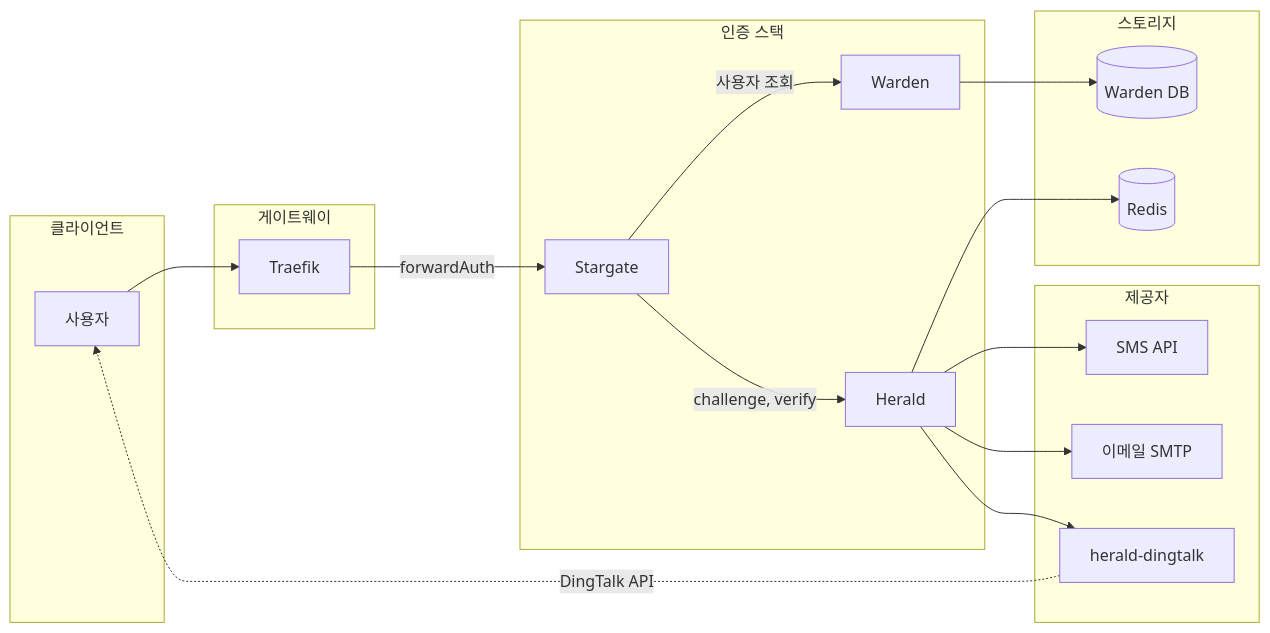
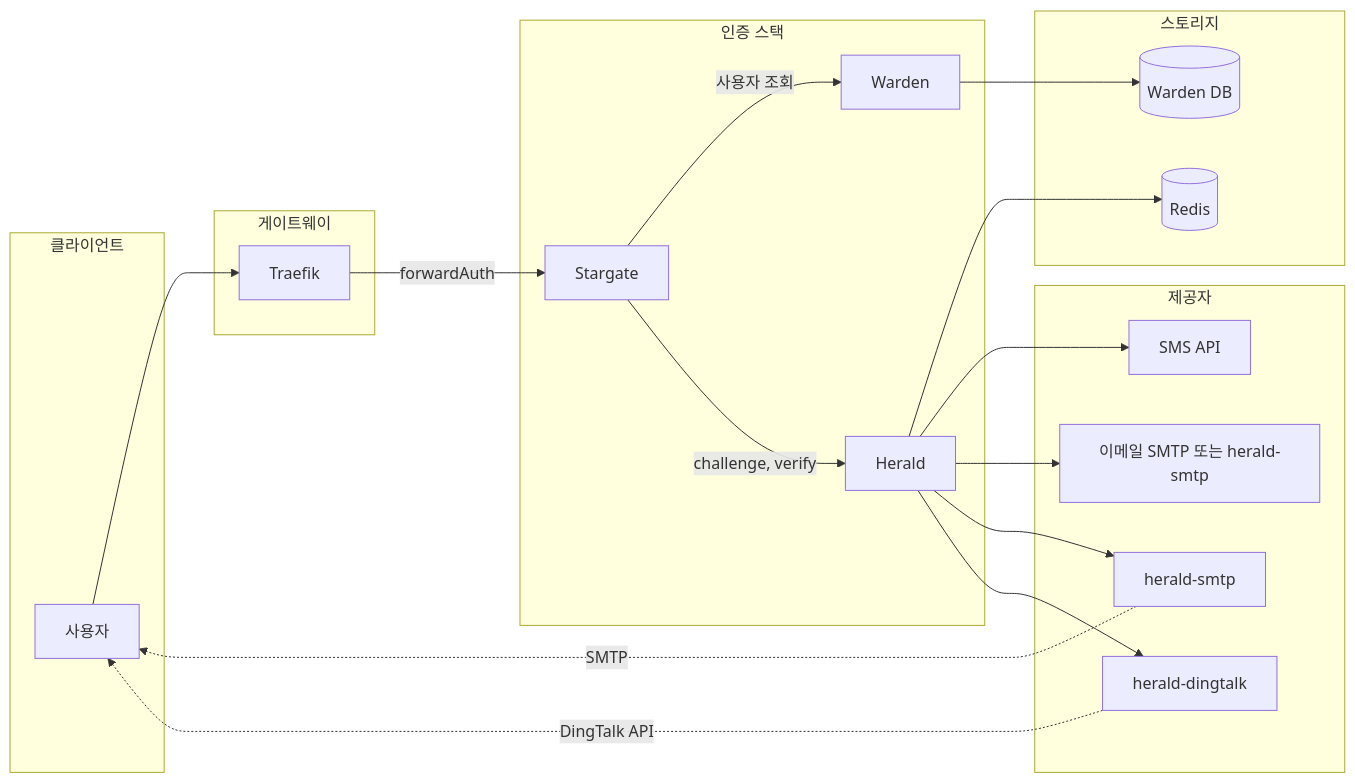
The diagram in docs/koKR/ARCHITECTURE.md (soulteary/herald), drawn with Mermaid before and after one commit. The commit also changed other lines of this file and 27 other files, not shown here.

Commit message:
feat: use herald-smtp

````diff
--- a/docs/koKR/ARCHITECTURE.md
+++ b/docs/koKR/ARCHITECTURE.md
@@ -11,38 +11,41 @@
 ```mermaid
 flowchart LR
   subgraph client [클라이언트]
     User[사용자]
   end
 
   subgraph gateway [게이트웨이]
     Traefik[Traefik]
   end
 
   subgraph auth [인증 스택]
     Stargate[Stargate]
     Warden[Warden]
     Herald[Herald]
   end
 
   subgraph storage [스토리지]
     Redis[(Redis)]
     DB[(Warden DB)]
   end
 
   subgraph providers [제공자]
     SMS[SMS API]
-    Email[이메일 SMTP]
+    Email[이메일 SMTP 또는 herald-smtp]
+    HeraldSMTP[herald-smtp]
     HeraldDingtalk[herald-dingtalk]
   end
 
   User --> Traefik
   Traefik -->|forwardAuth| Stargate
   Stargate -->|사용자 조회| Warden
   Stargate -->|challenge, verify| Herald
   Warden --> DB
   Herald --> Redis
   Herald --> SMS
   Herald --> Email
+  Herald --> HeraldSMTP
   Herald --> HeraldDingtalk
+  HeraldSMTP -.->|SMTP| User
   HeraldDingtalk -.->|DingTalk API| User
 ```
````
